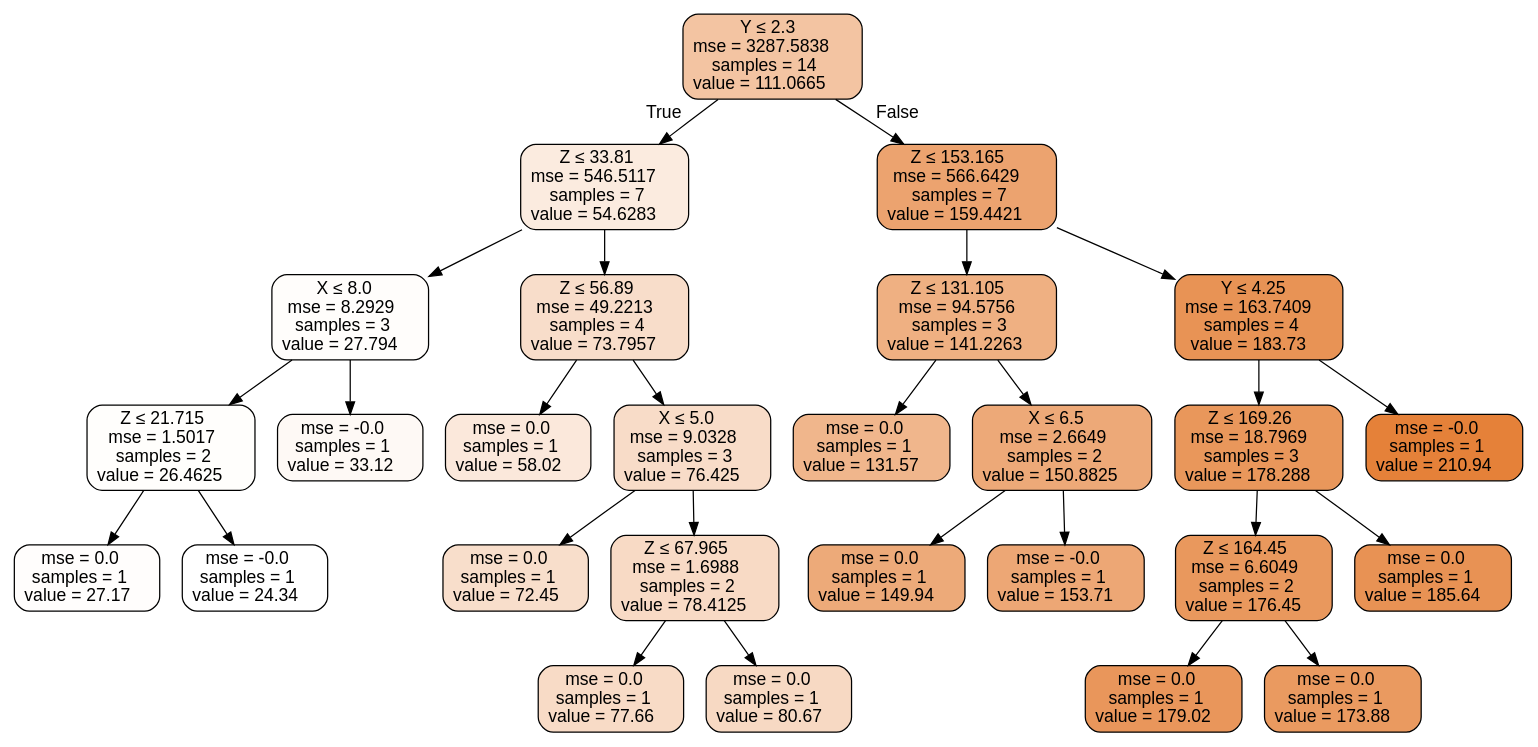
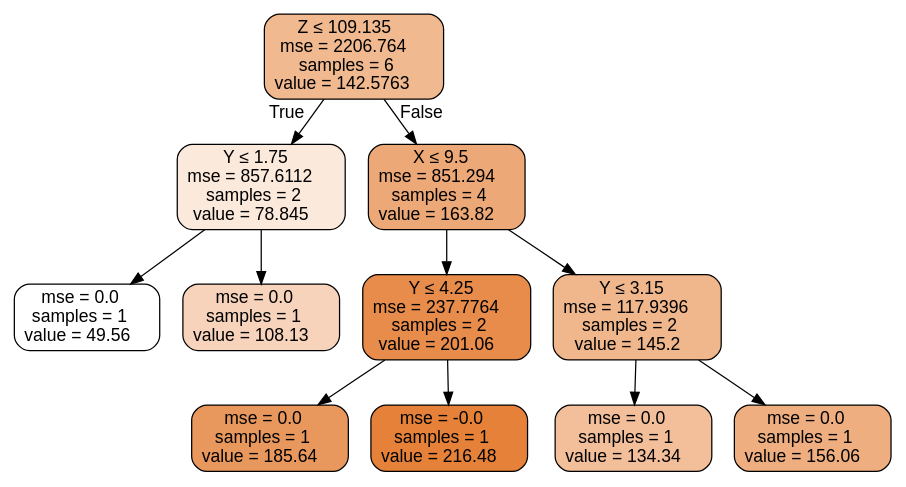
Before and after one commit to words-sdsc/IPPD: the diagram in ProfilingData/estimator0_example.dot, drawn with Graphviz. The commit also changed 5 other files, not shown here.

```diff
--- a/ProfilingData/estimator0_example.dot
+++ b/ProfilingData/estimator0_example.dot
@@ -1,57 +1,25 @@
 digraph Tree {
 node [shape=box, style="filled, rounded", color="black", fontname=helvetica] ;
 edge [fontname=helvetica] ;
-0 [label=<Y &le; 2.3<br/>mse = 3287.5838<br/>samples = 14<br/>value = 111.0665>, fillcolor="#e5813977"] ;
-1 [label=<Z &le; 33.81<br/>mse = 546.5117<br/>samples = 7<br/>value = 54.6283>, fillcolor="#e5813929"] ;
+0 [label=<Z &le; 109.135<br/>mse = 2206.764<br/>samples = 6<br/>value = 142.5763>, fillcolor="#e581398e"] ;
+1 [label=<Y &le; 1.75<br/>mse = 857.6112<br/>samples = 2<br/>value = 78.845>, fillcolor="#e581392d"] ;
 0 -> 1 [labeldistance=2.5, labelangle=45, headlabel="True"] ;
-2 [label=<X &le; 8.0<br/>mse = 8.2929<br/>samples = 3<br/>value = 27.794>, fillcolor="#e5813905"] ;
+2 [label=<mse = 0.0<br/>samples = 1<br/>value = 49.56>, fillcolor="#e5813900"] ;
 1 -> 2 ;
-3 [label=<Z &le; 21.715<br/>mse = 1.5017<br/>samples = 2<br/>value = 26.4625>, fillcolor="#e5813903"] ;
-2 -> 3 ;
-4 [label=<mse = 0.0<br/>samples = 1<br/>value = 27.17>, fillcolor="#e5813904"] ;
-3 -> 4 ;
-5 [label=<mse = -0.0<br/>samples = 1<br/>value = 24.34>, fillcolor="#e5813900"] ;
-3 -> 5 ;
-6 [label=<mse = -0.0<br/>samples = 1<br/>value = 33.12>, fillcolor="#e581390c"] ;
-2 -> 6 ;
-7 [label=<Z &le; 56.89<br/>mse = 49.2213<br/>samples = 4<br/>value = 73.7957>, fillcolor="#e5813944"] ;
-1 -> 7 ;
-8 [label=<mse = 0.0<br/>samples = 1<br/>value = 58.02>, fillcolor="#e581392e"] ;
-7 -> 8 ;
-9 [label=<X &le; 5.0<br/>mse = 9.0328<br/>samples = 3<br/>value = 76.425>, fillcolor="#e5813947"] ;
-7 -> 9 ;
-10 [label=<mse = 0.0<br/>samples = 1<br/>value = 72.45>, fillcolor="#e5813942"] ;
-9 -> 10 ;
-11 [label=<Z &le; 67.965<br/>mse = 1.6988<br/>samples = 2<br/>value = 78.4125>, fillcolor="#e581394a"] ;
-9 -> 11 ;
-12 [label=<mse = 0.0<br/>samples = 1<br/>value = 77.66>, fillcolor="#e5813949"] ;
-11 -> 12 ;
-13 [label=<mse = 0.0<br/>samples = 1<br/>value = 80.67>, fillcolor="#e581394d"] ;
-11 -> 13 ;
-14 [label=<Z &le; 153.165<br/>mse = 566.6429<br/>samples = 7<br/>value = 159.4421>, fillcolor="#e58139b9"] ;
-0 -> 14 [labeldistance=2.5, labelangle=-45, headlabel="False"] ;
-15 [label=<Z &le; 131.105<br/>mse = 94.5756<br/>samples = 3<br/>value = 141.2263>, fillcolor="#e58139a0"] ;
-14 -> 15 ;
-16 [label=<mse = 0.0<br/>samples = 1<br/>value = 131.57>, fillcolor="#e5813993"] ;
-15 -> 16 ;
-17 [label=<X &le; 6.5<br/>mse = 2.6649<br/>samples = 2<br/>value = 150.8825>, fillcolor="#e58139ad"] ;
-15 -> 17 ;
-18 [label=<mse = 0.0<br/>samples = 1<br/>value = 149.94>, fillcolor="#e58139ac"] ;
-17 -> 18 ;
-19 [label=<mse = -0.0<br/>samples = 1<br/>value = 153.71>, fillcolor="#e58139b1"] ;
-17 -> 19 ;
-20 [label=<Y &le; 4.25<br/>mse = 163.7409<br/>samples = 4<br/>value = 183.73>, fillcolor="#e58139da"] ;
-14 -> 20 ;
-21 [label=<Z &le; 169.26<br/>mse = 18.7969<br/>samples = 3<br/>value = 178.288>, fillcolor="#e58139d2"] ;
-20 -> 21 ;
-22 [label=<Z &le; 164.45<br/>mse = 6.6049<br/>samples = 2<br/>value = 176.45>, fillcolor="#e58139d0"] ;
-21 -> 22 ;
-23 [label=<mse = 0.0<br/>samples = 1<br/>value = 179.02>, fillcolor="#e58139d3"] ;
-22 -> 23 ;
-24 [label=<mse = 0.0<br/>samples = 1<br/>value = 173.88>, fillcolor="#e58139cc"] ;
-22 -> 24 ;
-25 [label=<mse = 0.0<br/>samples = 1<br/>value = 185.64>, fillcolor="#e58139dc"] ;
-21 -> 25 ;
-26 [label=<mse = -0.0<br/>samples = 1<br/>value = 210.94>, fillcolor="#e58139ff"] ;
-20 -> 26 ;
+3 [label=<mse = 0.0<br/>samples = 1<br/>value = 108.13>, fillcolor="#e5813959"] ;
+1 -> 3 ;
+4 [label=<X &le; 9.5<br/>mse = 851.294<br/>samples = 4<br/>value = 163.82>, fillcolor="#e58139af"] ;
+0 -> 4 [labeldistance=2.5, labelangle=-45, headlabel="False"] ;
+5 [label=<Y &le; 4.25<br/>mse = 237.7764<br/>samples = 2<br/>value = 201.06>, fillcolor="#e58139e7"] ;
+4 -> 5 ;
+6 [label=<mse = 0.0<br/>samples = 1<br/>value = 185.64>, fillcolor="#e58139d0"] ;
+5 -> 6 ;
+7 [label=<mse = -0.0<br/>samples = 1<br/>value = 216.48>, fillcolor="#e58139ff"] ;
+5 -> 7 ;
+8 [label=<Y &le; 3.15<br/>mse = 117.9396<br/>samples = 2<br/>value = 145.2>, fillcolor="#e5813992"] ;
+4 -> 8 ;
+9 [label=<mse = 0.0<br/>samples = 1<br/>value = 134.34>, fillcolor="#e5813982"] ;
+8 -> 9 ;
+10 [label=<mse = 0.0<br/>samples = 1<br/>value = 156.06>, fillcolor="#e58139a3"] ;
+8 -> 10 ;
 }
```
